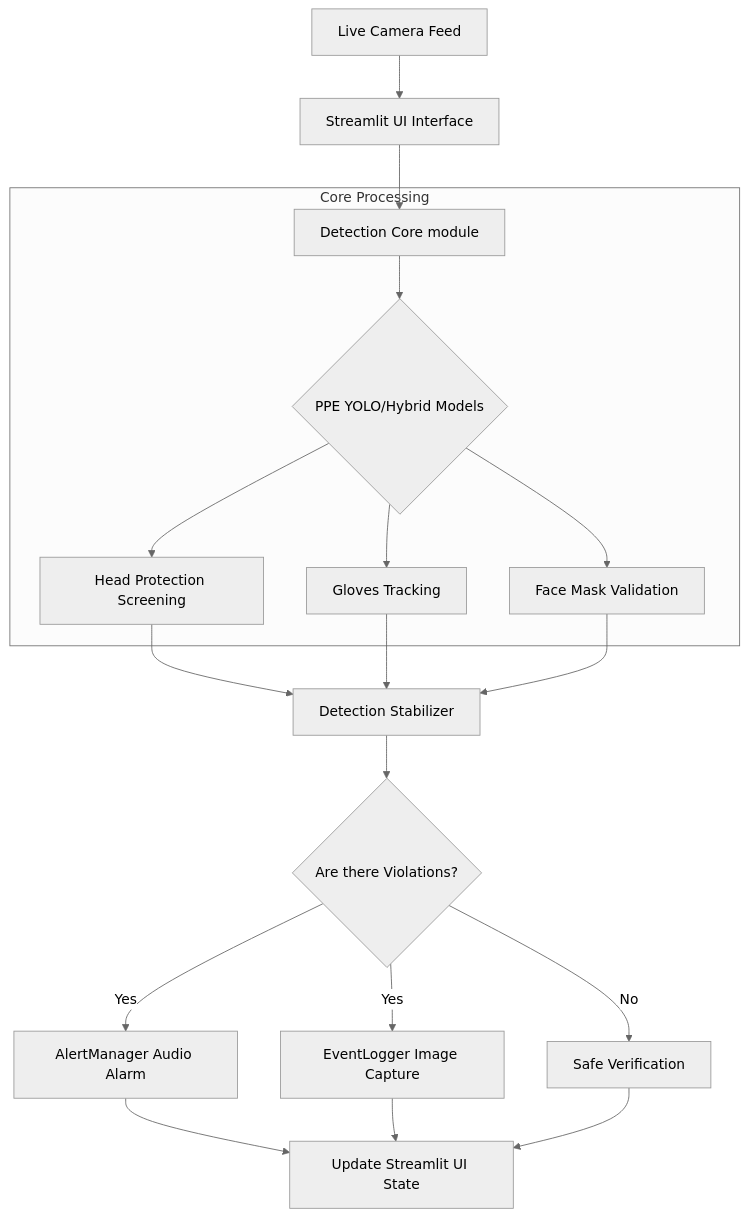
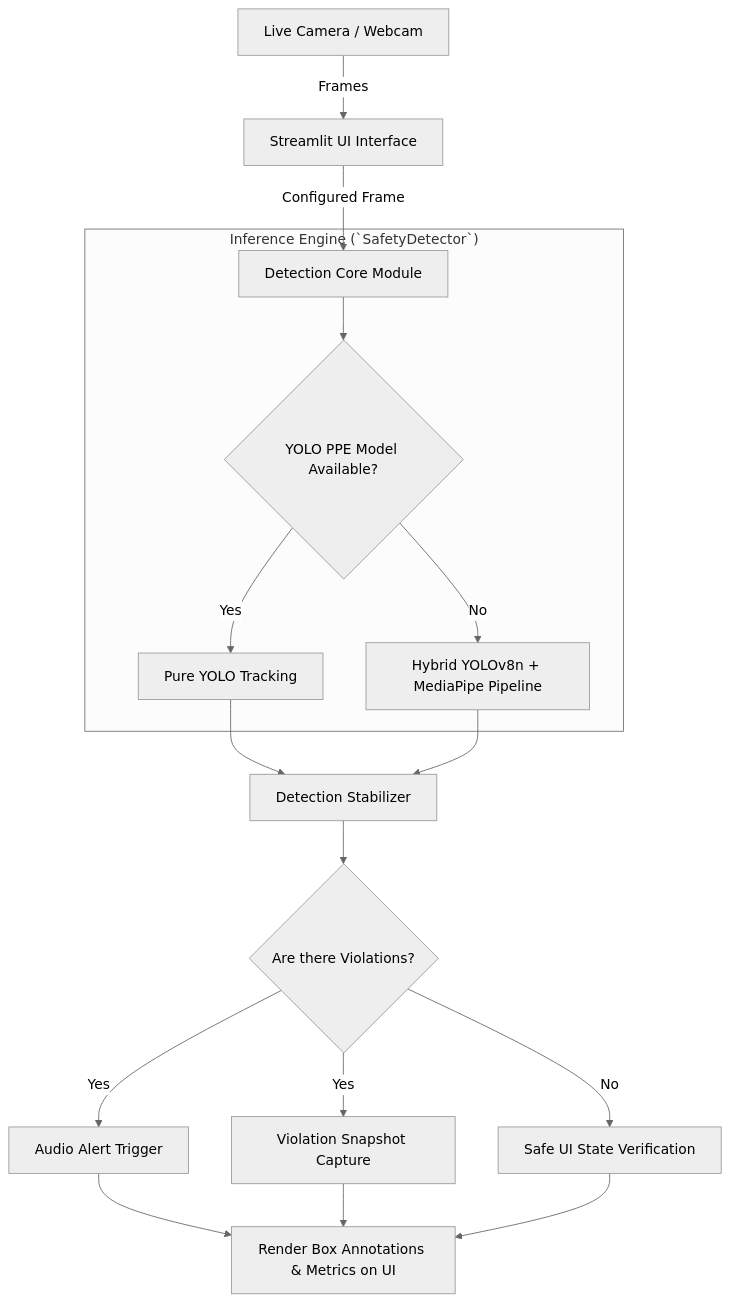
One commit to Ayush-gif-cmd/ai-safety-monitor changed the first of 3 diagrams in README.md. Above: the diagram before and after it, drawn with Mermaid (neutral theme). The commit also changed other lines of this file and 1 other file, not shown here.

Commit message:
Add Web Violation Gallery to Streamlit dashboard and update README

````diff
--- a/README.md
+++ b/README.md
@@ -48,23 +60,21 @@
 ```mermaid
 graph TD;
-    A[Live Camera Feed] --> B[Streamlit UI Interface];
-    B --> C[Detection Core module];
+    A[Live Camera / Webcam] -->|Frames| B[Streamlit UI Interface];
+    B -->|Configured Frame| C[Detection Core Module];
     
-    subgraph Core Processing
-        C --> D{PPE YOLO/Hybrid Models};
-        D --> E[Head Protection Screening];
-        D --> F[Gloves Tracking];
-        D --> G[Face Mask Validation];
+    subgraph "Inference Engine (`SafetyDetector`)"
+        C --> D{YOLO PPE Model Available?};
+        D -- Yes --> E[Pure YOLO Tracking];
+        D -- No --> F[Hybrid YOLOv8n + MediaPipe Pipeline];
     end
     
-    E --> H[Detection Stabilizer];
-    F --> H;
-    G --> H;
+    E --> G[Detection Stabilizer];
+    F --> G;
     
-    H --> I{Are there Violations?};
-    I -- Yes --> J[AlertManager Audio Alarm];
-    I -- Yes --> K[EventLogger Image Capture];
-    I -- No --> L[Safe Verification];
+    G --> H{Are there Violations?};
+    H -- Yes --> I[Audio Alert Trigger];
+    H -- Yes --> J[Violation Snapshot Capture];
+    H -- No --> K[Safe UI State Verification];
     
-    J & K & L --> M[Update Streamlit UI State];
+    I & J & K --> L[Render Box Annotations & Metrics on UI];
 ```
````
